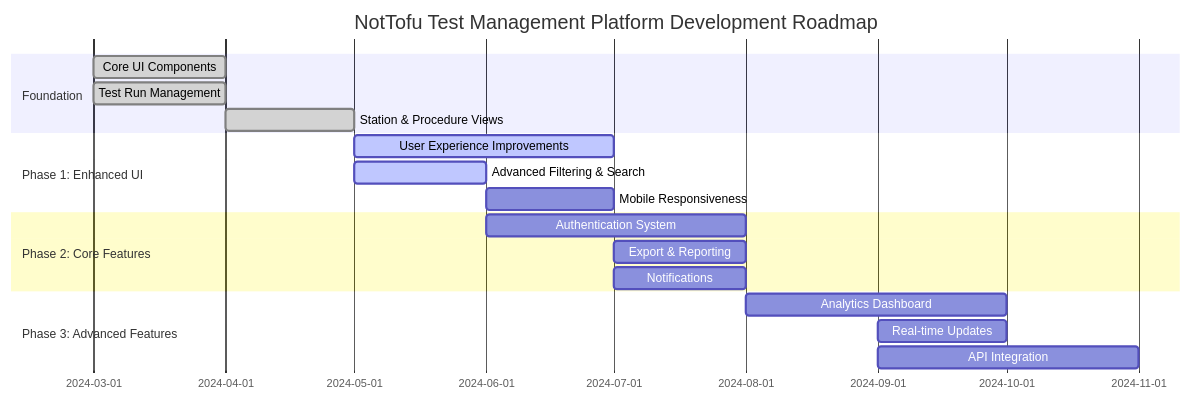
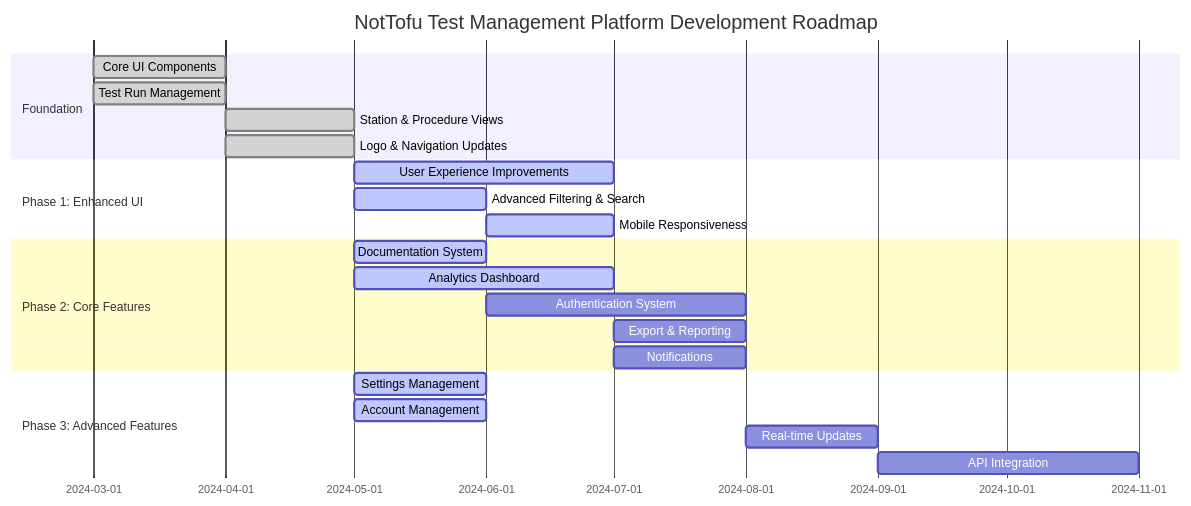
Before and after one commit to mvalancy-mt/NotTofu: the first of 3 diagrams in docs/roadmap.md, drawn with Mermaid. The commit also changed other lines of this file and 64 other files, not shown here.

````diff
--- a/docs/roadmap.md
+++ b/docs/roadmap.md
@@ -5,24 +5,28 @@
 ```mermaid
 gantt
     title NotTofu Test Management Platform Development Roadmap
     dateFormat  YYYY-MM
     section Foundation
     Core UI Components            :done,      foundation1, 2024-03, 1M
     Test Run Management           :done,      foundation2, 2024-03, 1M
     Station & Procedure Views     :done,      foundation3, 2024-04, 1M
+    Logo & Navigation Updates     :done,      foundation4, 2024-04, 1M
 
     section Phase 1: Enhanced UI
     User Experience Improvements  :active,    phase1_1,    2024-05, 2M
     Advanced Filtering & Search   :active,    phase1_2,    2024-05, 1M
-    Mobile Responsiveness         :           phase1_3,    2024-06, 1M
+    Mobile Responsiveness         :active,    phase1_3,    2024-06, 1M
     
     section Phase 2: Core Features
-    Authentication System         :           phase2_1,    2024-06, 2M
-    Export & Reporting            :           phase2_2,    2024-07, 1M
-    Notifications                 :           phase2_3,    2024-07, 1M
+    Documentation System          :active,    phase2_0,    2024-05, 1M
+    Analytics Dashboard           :active,    phase2_1,    2024-05, 2M
+    Authentication System         :           phase2_2,    2024-06, 2M
+    Export & Reporting            :           phase2_3,    2024-07, 1M
+    Notifications                 :           phase2_4,    2024-07, 1M
     
     section Phase 3: Advanced Features
-    Analytics Dashboard           :           phase3_1,    2024-08, 2M
-    Real-time Updates             :           phase3_2,    2024-09, 1M
+    Settings Management           :active,    phase3_0,    2024-05, 1M
+    Account Management            :active,    phase3_1,    2024-05, 1M
+    Real-time Updates             :           phase3_2,    2024-08, 1M
     API Integration               :           phase3_3,    2024-09, 2M
 ```
````
